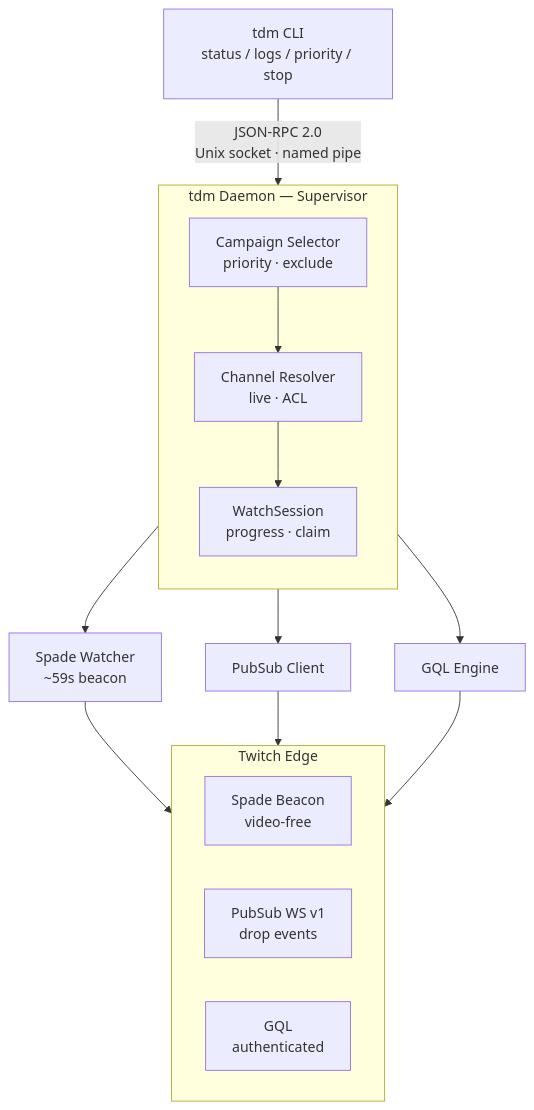
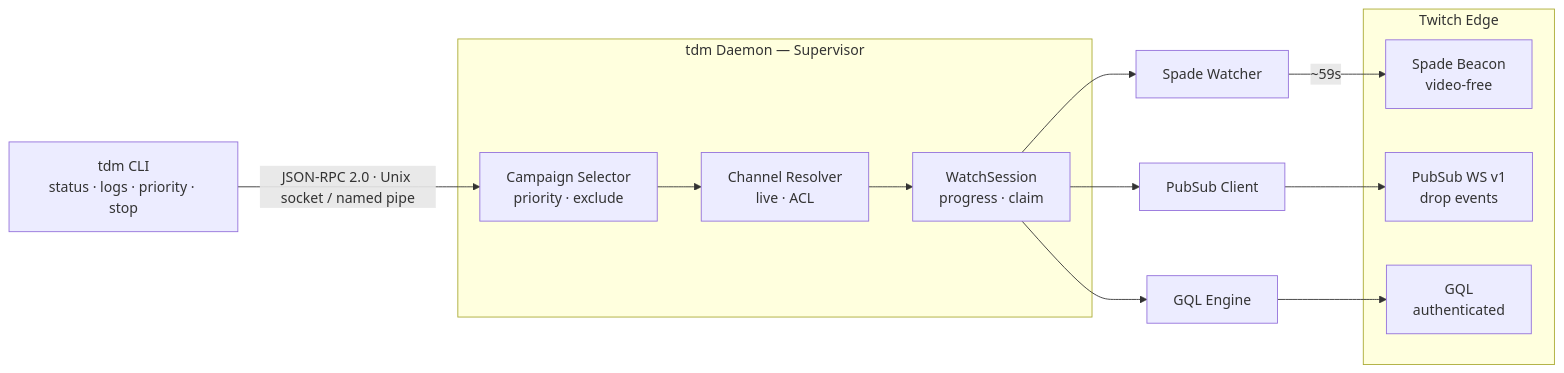
Before and after one commit to thozoz/twitch-drops-miner-go: the diagram in README.md, drawn with Mermaid.

Commit message:
docs(readme): lay the architecture diagram out left-to-right
The first Mermaid version rendered as a ~1000px tall column. Two causes:
`direction LR` inside the Twitch Edge subgraph was ignored (Mermaid drops
the directive once a subgraph's nodes have edges crossing its boundary),
and pointing the CLI edge at the subgraph `D` rather than a node inside it
rendered the JSON-RPC label as a stray grey block instead of edge text.

Flow the whole chart left-to-right instead, attach the edge to the
Campaign Selector node directly, and drop the direction overrides that
were never taking effect.

````diff
--- a/README.md
+++ b/README.md
@@ -41,29 +41,24 @@
 ```mermaid
-flowchart TD
-    CLI["tdm CLI<br/>status / logs / priority / stop"]
+flowchart LR
+    CLI["tdm CLI<br/>status · logs · priority · stop"]
 
     subgraph D["tdm Daemon — Supervisor"]
-        direction TB
-        SEL["Campaign Selector<br/>priority · exclude"]
-        RES["Channel Resolver<br/>live · ACL"]
-        WS["WatchSession<br/>progress · claim"]
-        SEL --> RES --> WS
+        SEL["Campaign Selector<br/>priority · exclude"] --> RES["Channel Resolver<br/>live · ACL"] --> WS["WatchSession<br/>progress · claim"]
     end
 
-    CLI -->|"JSON-RPC 2.0<br/>Unix socket · named pipe"| D
+    CLI -->|"JSON-RPC 2.0 · Unix socket / named pipe"| SEL
 
-    WS --> SPADE["Spade Watcher<br/>~59s beacon"]
+    WS --> SPADE["Spade Watcher"]
     WS --> PS["PubSub Client"]
     WS --> GQL["GQL Engine"]
 
     subgraph EDGE["Twitch Edge"]
-        direction LR
         T1["Spade Beacon<br/>video-free"]
         T2["PubSub WS v1<br/>drop events"]
         T3["GQL<br/>authenticated"]
     end
 
-    SPADE --> T1
+    SPADE -->|"~59s"| T1
     PS --> T2
     GQL --> T3
 ```
````
